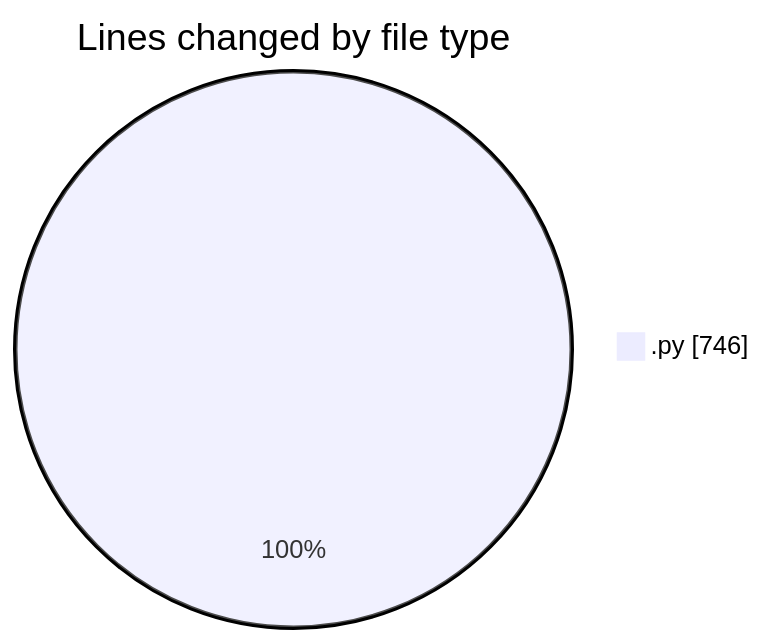
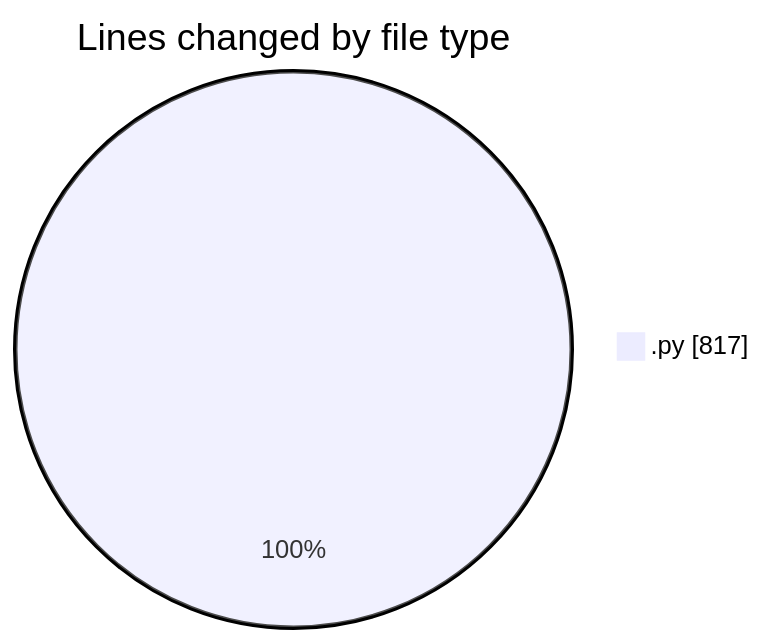
Before and after one commit to momahboobian/code-tracking: the first of 2 diagrams in 2025-03-25/samplepdf/README.md, drawn with Mermaid. The commit also changed other lines of this file and 1 other file, not shown here.

````diff
--- a/2025-03-25/samplepdf/README.md
+++ b/2025-03-25/samplepdf/README.md
@@ -24,5 +24,5 @@
 ```mermaid
 pie showData
 title Lines changed by file type
-".py" : 746
+".py" : 817
 ```
````
